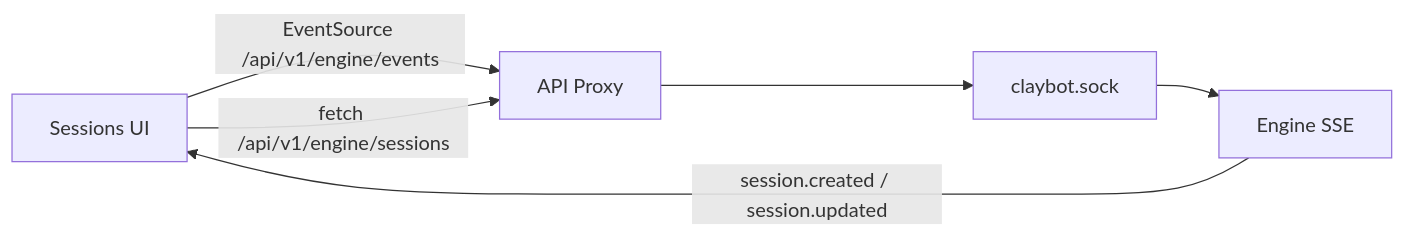
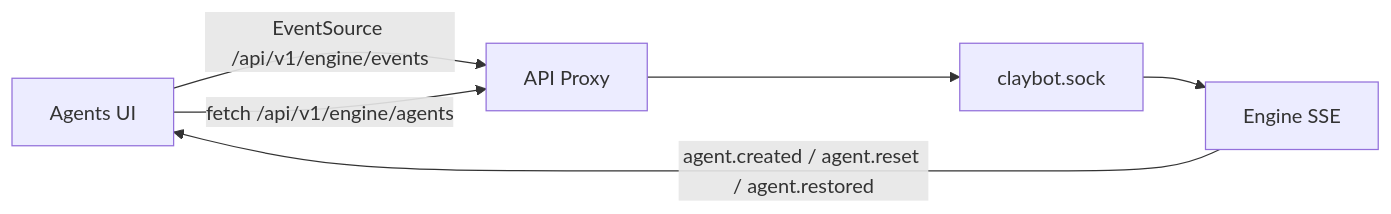
The second of 8 diagrams in docs/dashboard.md (ex3ndr/claybot), drawn with Mermaid before and after one commit. The commit also changed other lines of this file and 138 other files, not shown here.

Commit message:
refactor(engine): move to agent-first system

````diff
--- a/docs/dashboard.md
+++ b/docs/dashboard.md
@@ -21,8 +21,8 @@
 ```mermaid
 flowchart LR
-  UI[Sessions UI] -->|EventSource /api/v1/engine/events| Proxy[API Proxy]
+  UI[Agents UI] -->|EventSource /api/v1/engine/events| Proxy[API Proxy]
   Proxy --> Socket[claybot.sock]
   Socket --> Engine[Engine SSE]
-  Engine -->|session.created / session.updated| UI
-  UI -->|fetch /api/v1/engine/sessions| Proxy
+  Engine -->|agent.created / agent.reset / agent.restored| UI
+  UI -->|fetch /api/v1/engine/agents| Proxy
 ```
````
